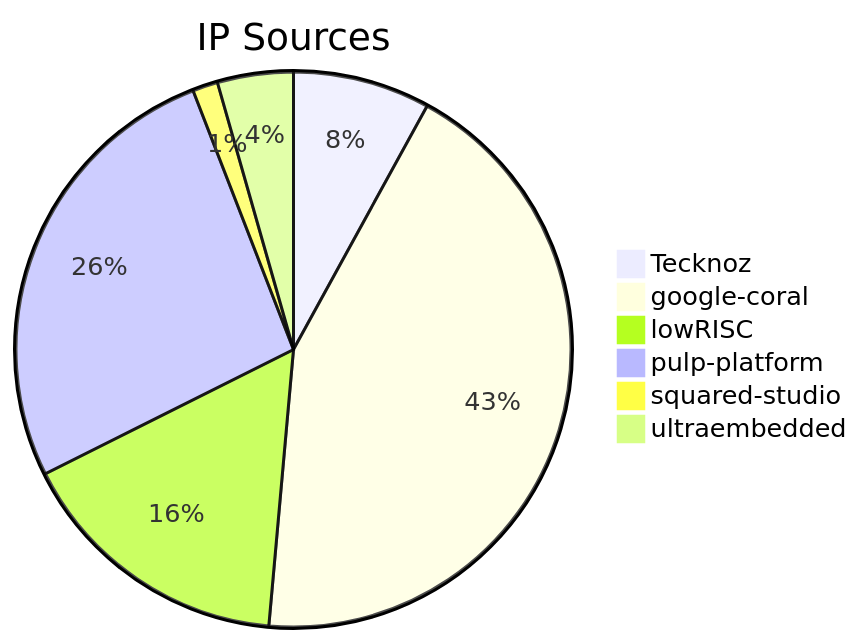
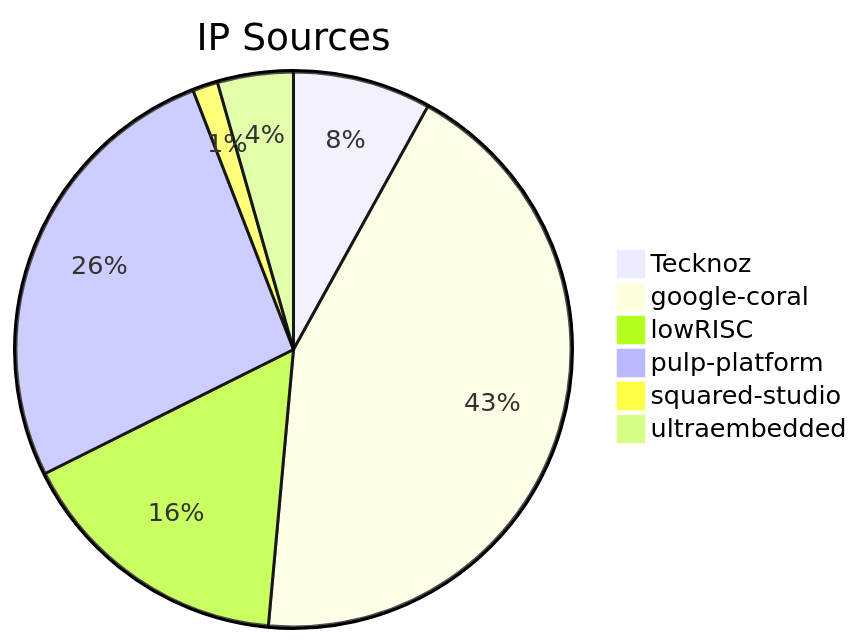
Before and after one commit to TecknozBD/Hyper-Titan: the diagram in README.md, drawn with Mermaid. The commit also changed other lines of this file and 1 other file, not shown here.

Commit message:
modified:   README.md modified:   document/hyper-titan.md

````diff
--- a/README.md
+++ b/README.md
@@ -116,10 +118,10 @@
 ```mermaid
 %%{init: {"pie": {"sort": false}} }%%
 pie title IP Sources
-  "Tecknoz" : 10852
+  "Tecknoz" : 10926
   "google-coral" : 59000
   "lowRISC" : 22000
   "pulp-platform" : 36000
   "squared-studio": 2000
   "ultraembedded": 6000
 ```
````
